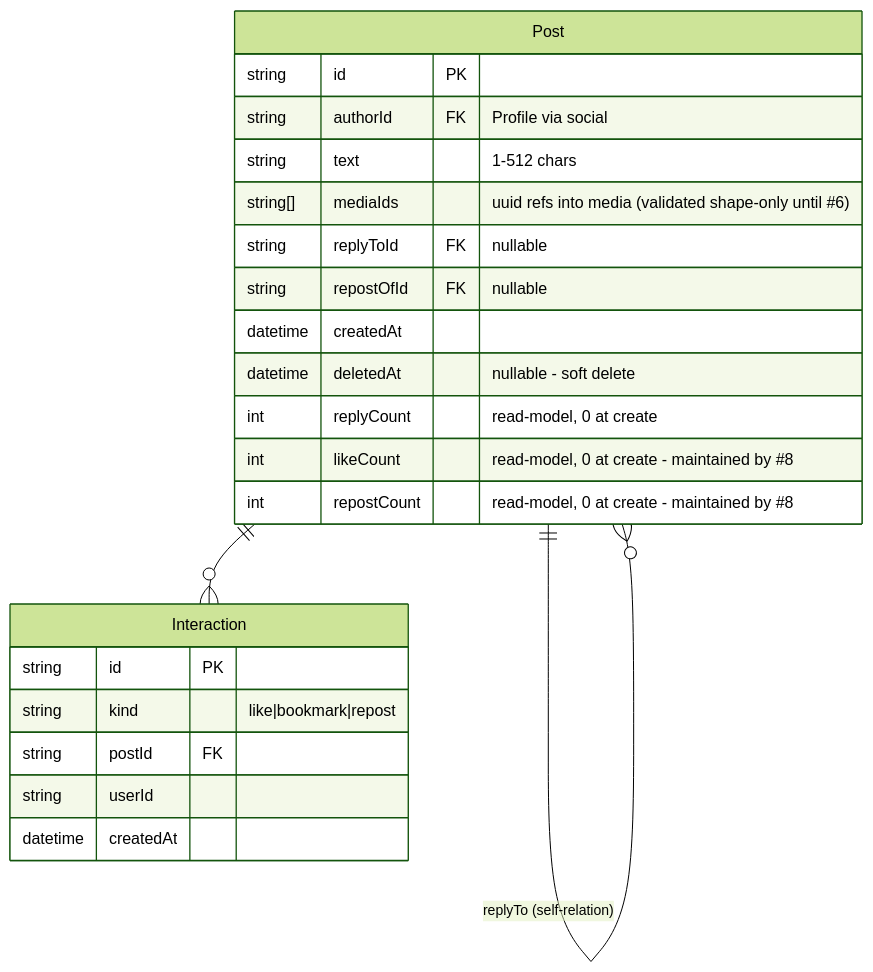
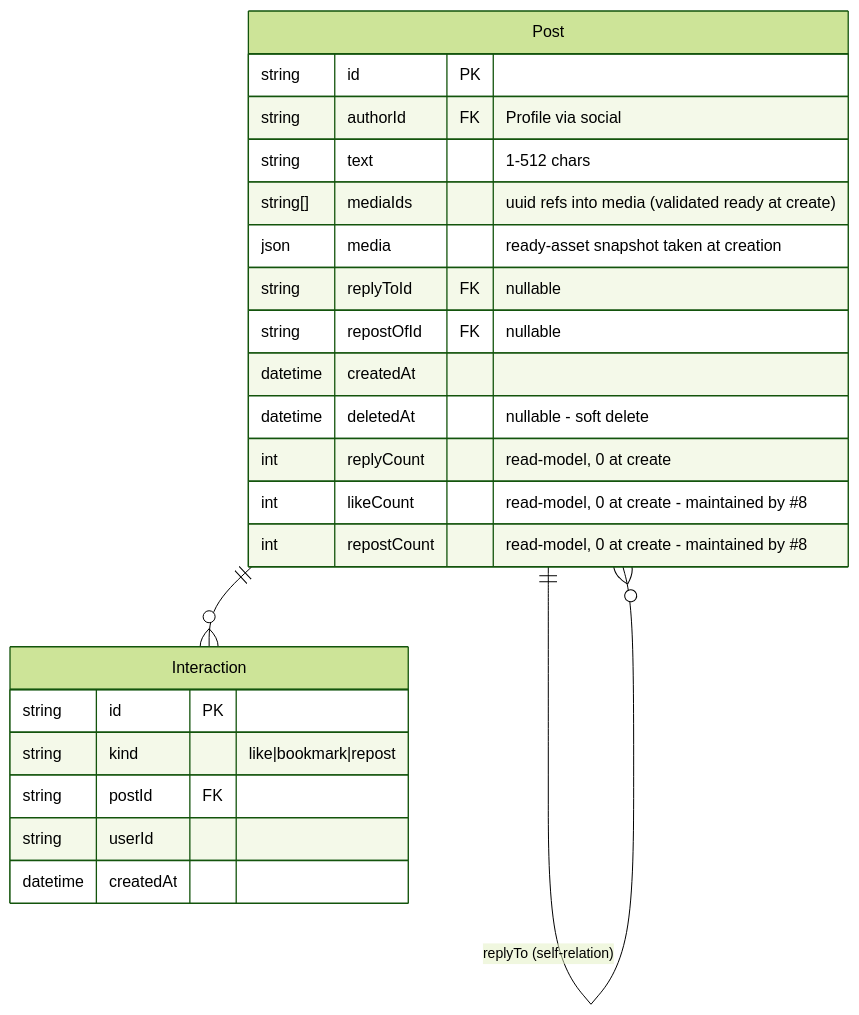
The second of 5 diagrams in docs/specs/data/01-storage-model.md (jdc-projects/xitter), drawn with Mermaid (forest theme) before and after one commit. The commit also changed other lines of this file and 5 other files, not shown here.

First line of the commit message:
docs+e2e: media specs match implementation; attach-image e2e flows

````diff
--- a/docs/specs/data/01-storage-model.md
+++ b/docs/specs/data/01-storage-model.md
@@ -53,25 +53,26 @@
 ```mermaid
 erDiagram
     Post ||--o{ Post : "replyTo (self-relation)"
     Post ||--o{ Interaction : ""
     Post {
         string id PK
         string authorId FK "Profile via social"
         string text "1-512 chars"
-        string[] mediaIds "uuid refs into media (validated shape-only until #6)"
+        string[] mediaIds "uuid refs into media (validated ready at create)"
+        json media "ready-asset snapshot taken at creation"
         string replyToId FK "nullable"
         string repostOfId FK "nullable"
         datetime createdAt
         datetime deletedAt "nullable - soft delete"
         int replyCount "read-model, 0 at create"
         int likeCount "read-model, 0 at create - maintained by #8"
         int repostCount "read-model, 0 at create - maintained by #8"
     }
     Interaction {
         string id PK
         string kind "like|bookmark|repost"
         string postId FK
         string userId
         datetime createdAt
     }
 ```
````
